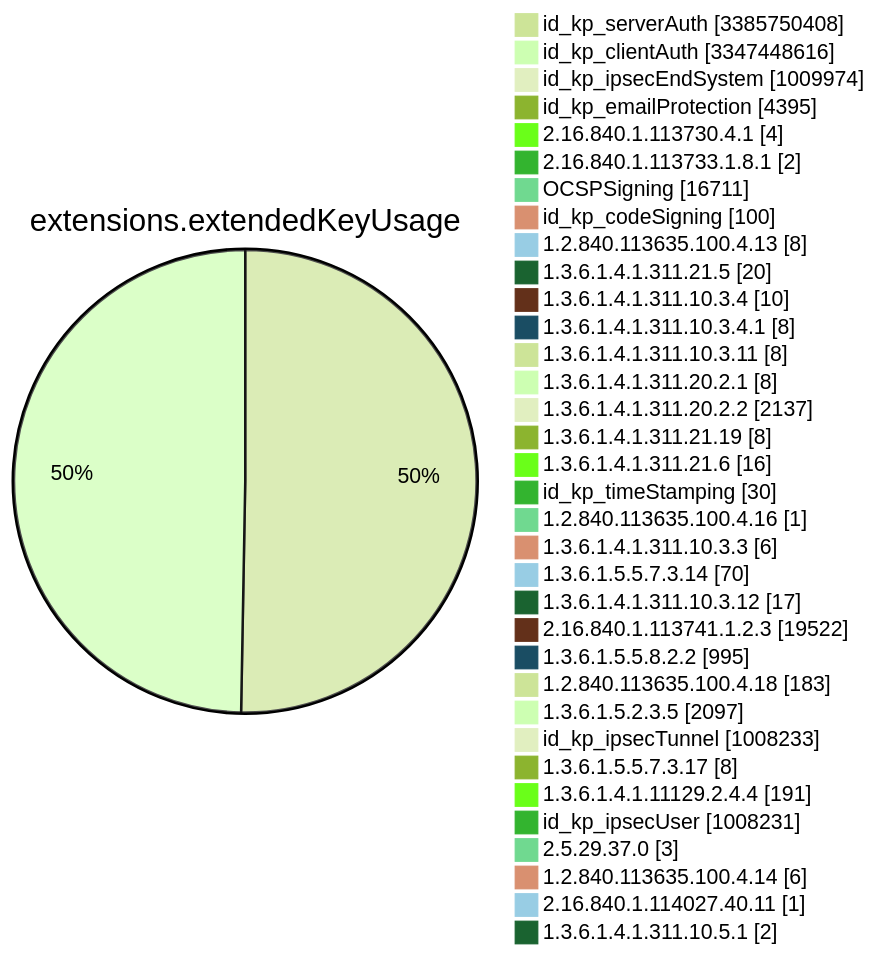
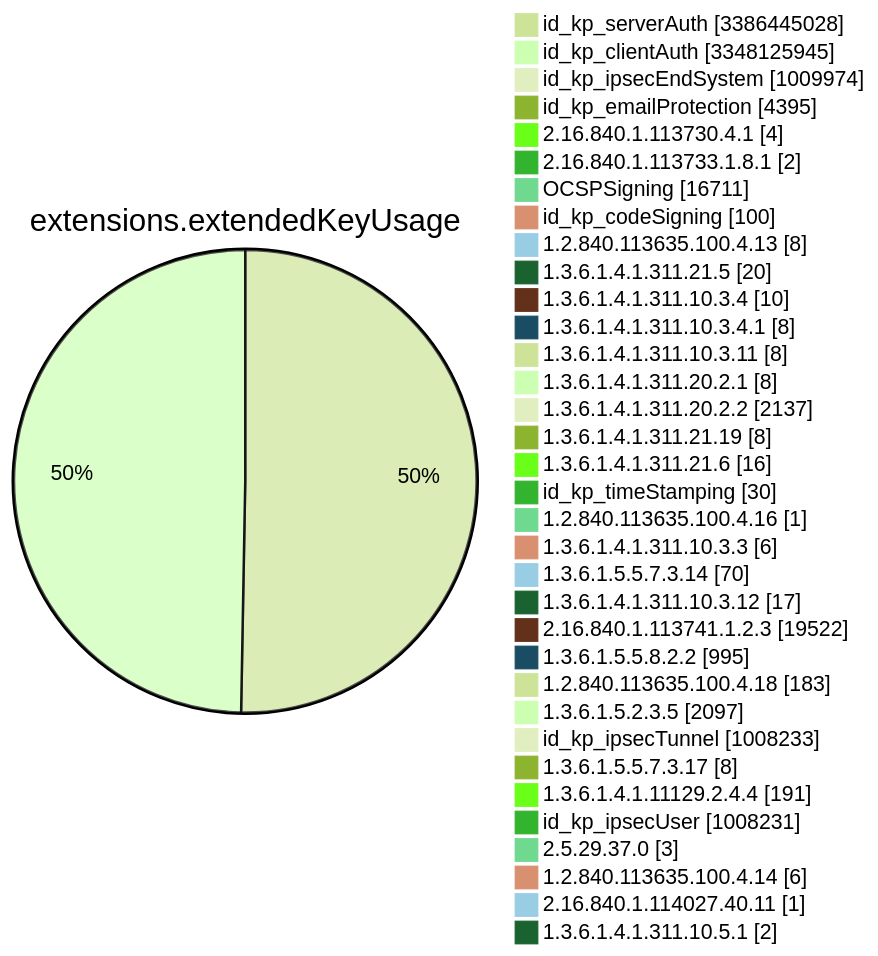
Diagram 11 of 15 in TOTAL/README.md (christiankrug/ctmonitor_visualization), drawn with Mermaid (forest theme) before and after one commit. The commit also changed other lines of this file, not shown here.

````diff
--- a/TOTAL/README.md
+++ b/TOTAL/README.md
@@ -4121,38 +4121,38 @@
 ```mermaid
 pie showData
 title extensions.extendedKeyUsage
-"id_kp_serverAuth" :3385750408
-"id_kp_clientAuth" :3347448616
+"id_kp_serverAuth" :3386445028
+"id_kp_clientAuth" :3348125945
 "id_kp_ipsecEndSystem" :1009974
 "id_kp_emailProtection" :4395
 "2.16.840.1.113730.4.1" :4
 "2.16.840.1.113733.1.8.1" :2
 "OCSPSigning" :16711
 "id_kp_codeSigning" :100
 "1.2.840.113635.100.4.13" :8
 "1.3.6.1.4.1.311.21.5" :20
 "1.3.6.1.4.1.311.10.3.4" :10
 "1.3.6.1.4.1.311.10.3.4.1" :8
 "1.3.6.1.4.1.311.10.3.11" :8
 "1.3.6.1.4.1.311.20.2.1" :8
 "1.3.6.1.4.1.311.20.2.2" :2137
 "1.3.6.1.4.1.311.21.19" :8
 "1.3.6.1.4.1.311.21.6" :16
 "id_kp_timeStamping" :30
 "1.2.840.113635.100.4.16" :1
 "1.3.6.1.4.1.311.10.3.3" :6
 "1.3.6.1.5.5.7.3.14" :70
 "1.3.6.1.4.1.311.10.3.12" :17
 "2.16.840.1.113741.1.2.3" :19522
 "1.3.6.1.5.5.8.2.2" :995
 "1.2.840.113635.100.4.18" :183
 "1.3.6.1.5.2.3.5" :2097
 "id_kp_ipsecTunnel" :1008233
 "1.3.6.1.5.5.7.3.17" :8
 "1.3.6.1.4.1.11129.2.4.4" :191
 "id_kp_ipsecUser" :1008231
 "2.5.29.37.0" :3
 "1.2.840.113635.100.4.14" :6
 "2.16.840.1.114027.40.11" :1
 "1.3.6.1.4.1.311.10.5.1" :2
 ```
````
